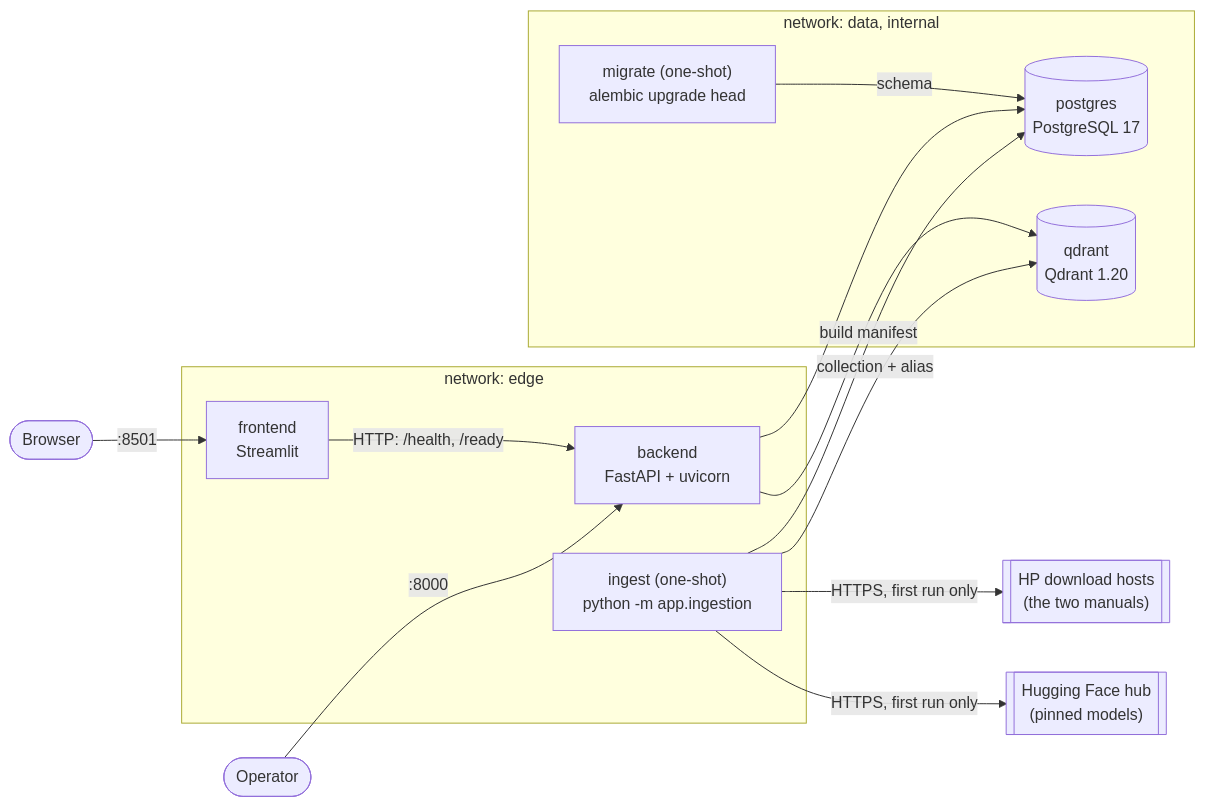
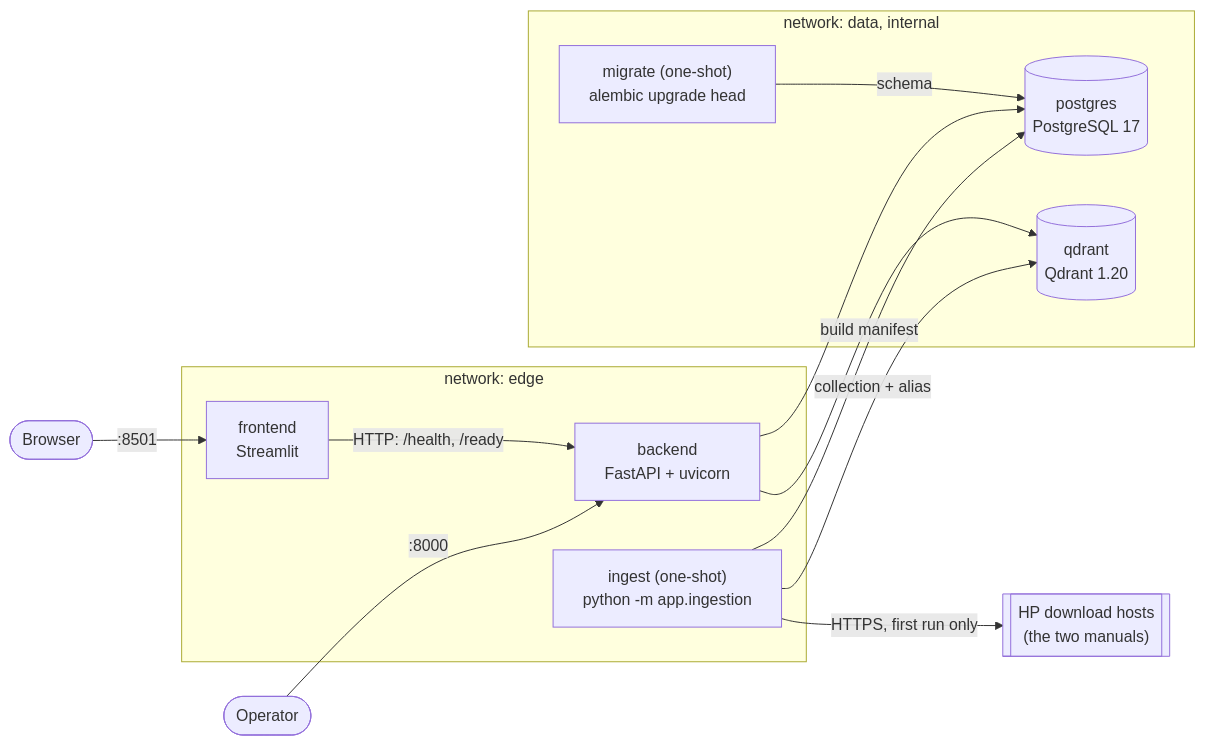
Before and after one commit to mdaroldi/Chatbot-HP: the diagram in README.md, drawn with Mermaid. The commit also changed other lines of this file and 3 other files, not shown here.

````diff
--- a/README.md
+++ b/README.md
@@ -17,25 +18,23 @@
 ```mermaid
 flowchart LR
     user([Browser]) -->|":8501"| frontend
     subgraph edge [network: edge]
         frontend["frontend<br/>Streamlit"]
         backend["backend<br/>FastAPI + uvicorn"]
         ingest["ingest (one-shot)<br/>python -m app.ingestion"]
     end
     subgraph data [network: data, internal]
         migrate["migrate (one-shot)<br/>alembic upgrade head"]
         postgres[("postgres<br/>PostgreSQL 17")]
         qdrant[("qdrant<br/>Qdrant 1.20")]
     end
     hp[["HP download hosts<br/>(the two manuals)"]]
-    hub[["Hugging Face hub<br/>(pinned models)"]]
     frontend -->|"HTTP: /health, /ready"| backend
     operator([Operator]) -->|":8000"| backend
     migrate -->|"schema"| postgres
     ingest -->|"build manifest"| postgres
     ingest -->|"collection + alias"| qdrant
     ingest -->|"HTTPS, first run only"| hp
-    ingest -->|"HTTPS, first run only"| hub
     backend --> postgres
     backend --> qdrant
 ```
````
